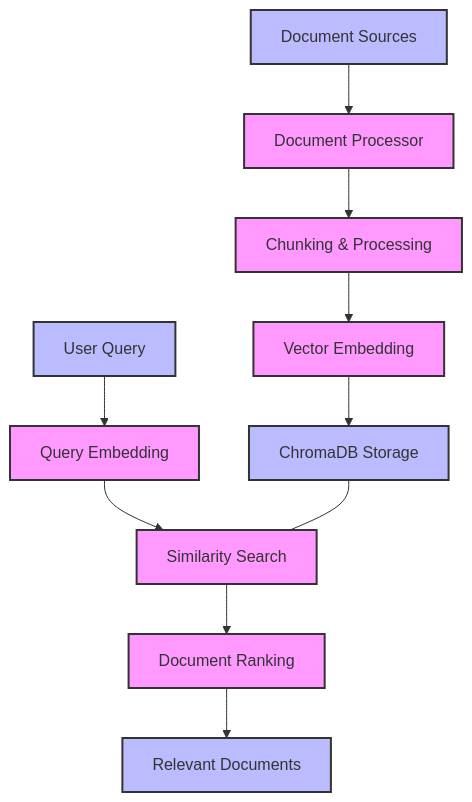
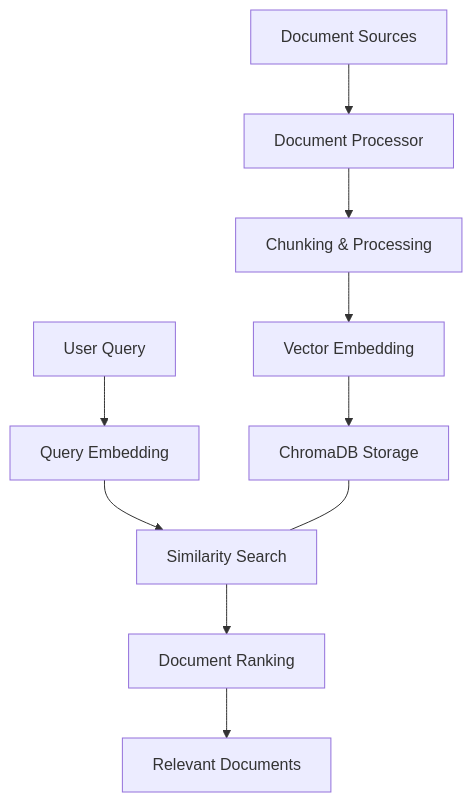
One commit to inherent-design/atlas changed the first of 2 diagrams in docs/workflows/retrieval.md. Above: the diagram before and after it, drawn with Mermaid. The commit also changed other lines of this file and 11 other files, not shown here.

````diff
--- a/docs/workflows/retrieval.md
+++ b/docs/workflows/retrieval.md
@@ -13,19 +13,14 @@
 ```mermaid
 flowchart TD
     A[Document Sources] --> B[Document Processor]
     B --> C[Chunking & Processing]
     C --> D[Vector Embedding]
     D --> E[ChromaDB Storage]
 
     F[User Query] --> G[Query Embedding]
     G --> H[Similarity Search]
     H --> I[Document Ranking]
     I --> J[Relevant Documents]
 
     E --- H
-
-    classDef process fill:#f9f,stroke:#333,stroke-width:2px
-    classDef data fill:#bbf,stroke:#333,stroke-width:2px
-    class A,F,E,J data
-    class B,C,D,G,H,I process
 ```
````
